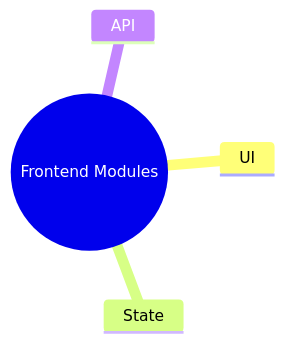
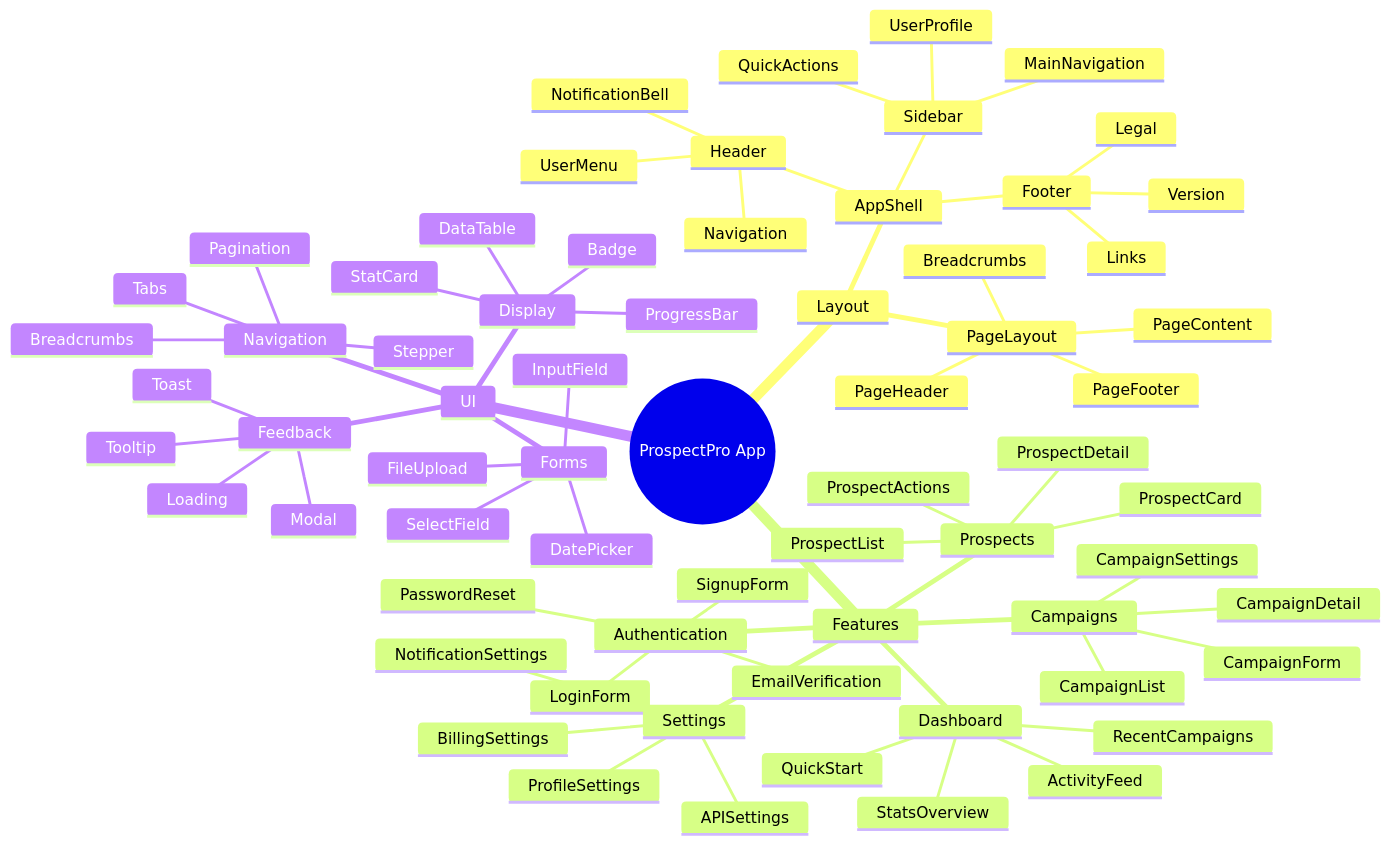
The diagram in docs/diagrams/app-source/structure/frontend-modules.mmd (Alextorelli/ProspectPro), drawn with Mermaid before and after one commit. The commit also changed 2 other files, not shown here.

Commit message:
feat: Update diagrams for application lifecycle, frontend structure, and API integration; enhance clarity and detail in user interactions and component hierarchy

```diff
--- a/docs/diagrams/app-source/structure/frontend-modules.mmd
+++ b/docs/diagrams/app-source/structure/frontend-modules.mmd
@@ -1,11 +1,78 @@
-%% compliance:ZeroFakeData %%
+%%{init: { 'config': 'docs/mmd-shared/config/mermaid.config.json' } }%%
+%% accTitle: Frontend Component Hierarchy %%
+%% accDescr: Hierarchical organization of ProspectPro React components %%
+%% compliance: ZeroFakeData %%
 %% domain: app-source %%
-%% reciprocal: [] %%
+%% reciprocal: [../../../../mmd-shared/config/index.md] %%
 %% type: mindmap %%
-%% title: Frontend Modules Mindmap %%
-%% index: ../../../../tooling/end-state/index.md %%
+%% title: Frontend Component Hierarchy %%
+%% index: ../../../../mmd-shared/config/index.md %%
+
 mindmap
-  root((Frontend Modules))
+  root((ProspectPro App))
+    Layout
+      AppShell
+        Header
+          Navigation
+          UserMenu
+          NotificationBell
+        Sidebar
+          MainNavigation
+          QuickActions
+          UserProfile
+        Footer
+          Links
+          Legal
+          Version
+      PageLayout
+        Breadcrumbs
+        PageHeader
+        PageContent
+        PageFooter
+    Features
+      Authentication
+        LoginForm
+        SignupForm
+        PasswordReset
+        EmailVerification
+      Dashboard
+        StatsOverview
+        RecentCampaigns
+        QuickStart
+        ActivityFeed
+      Campaigns
+        CampaignList
+        CampaignForm
+        CampaignDetail
+        CampaignSettings
+      Prospects
+        ProspectList
+        ProspectCard
+        ProspectDetail
+        ProspectActions
+      Settings
+        ProfileSettings
+        BillingSettings
+        APISettings
+        NotificationSettings
     UI
-    State
-    API
+      Forms
+        InputField
+        SelectField
+        DatePicker
+        FileUpload
+      Display
+        DataTable
+        StatCard
+        ProgressBar
+        Badge
+      Navigation
+        Tabs
+        Pagination
+        Breadcrumbs
+        Stepper
+      Feedback
+        Toast
+        Modal
+        Tooltip
+        Loading
```
